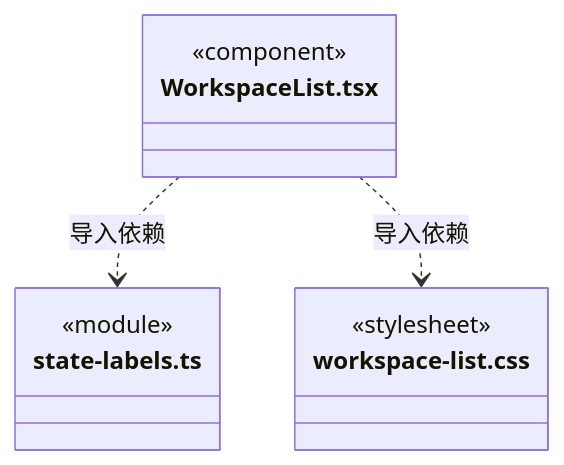
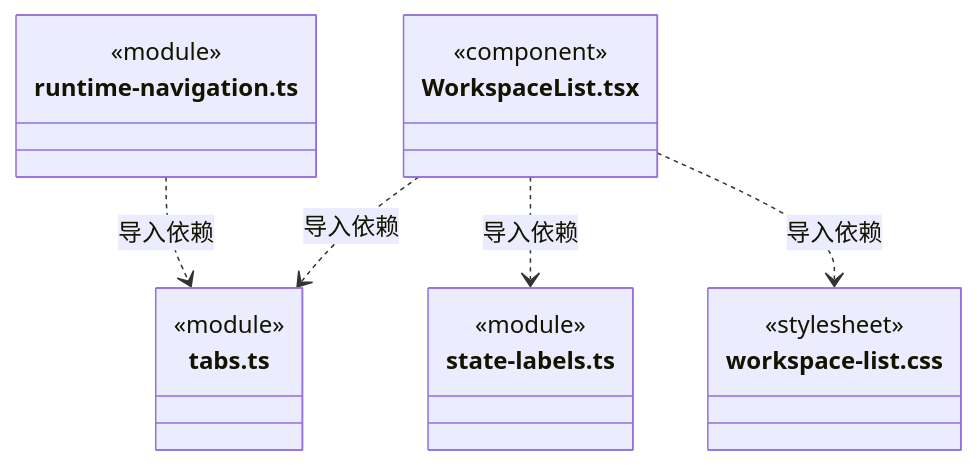
One commit to nan023062/cbim changed diagram 18 of 18 in src/frontend/shell/ARCHITECTURE.md. Above: the diagram before and after it, drawn with Mermaid. The commit also changed other lines of this file and 42 other files, not shown here.

````diff
--- a/src/frontend/shell/ARCHITECTURE.md
+++ b/src/frontend/shell/ARCHITECTURE.md
@@ -242,14 +303,22 @@
 ```mermaid
 classDiagram
+class N_src_frontend_shell_runtime_navigation_ts["runtime-navigation.ts"] {
+  <<module>>
+}
+class N_src_frontend_shell_tabs_ts["tabs.ts"] {
+  <<module>>
+}
 class N_src_frontend_shell_WorkspaceList_tsx["WorkspaceList.tsx"] {
   <<component>>
 }
 class N_src_frontend_shell_state_labels_ts["state-labels.ts"] {
   <<module>>
 }
 class N_src_frontend_shell_workspace_list_css["workspace-list.css"] {
   <<stylesheet>>
 }
+N_src_frontend_shell_runtime_navigation_ts ..> N_src_frontend_shell_tabs_ts : 导入依赖
+N_src_frontend_shell_WorkspaceList_tsx ..> N_src_frontend_shell_tabs_ts : 导入依赖
 N_src_frontend_shell_WorkspaceList_tsx ..> N_src_frontend_shell_state_labels_ts : 导入依赖
 N_src_frontend_shell_WorkspaceList_tsx ..> N_src_frontend_shell_workspace_list_css : 导入依赖
 ```
````
